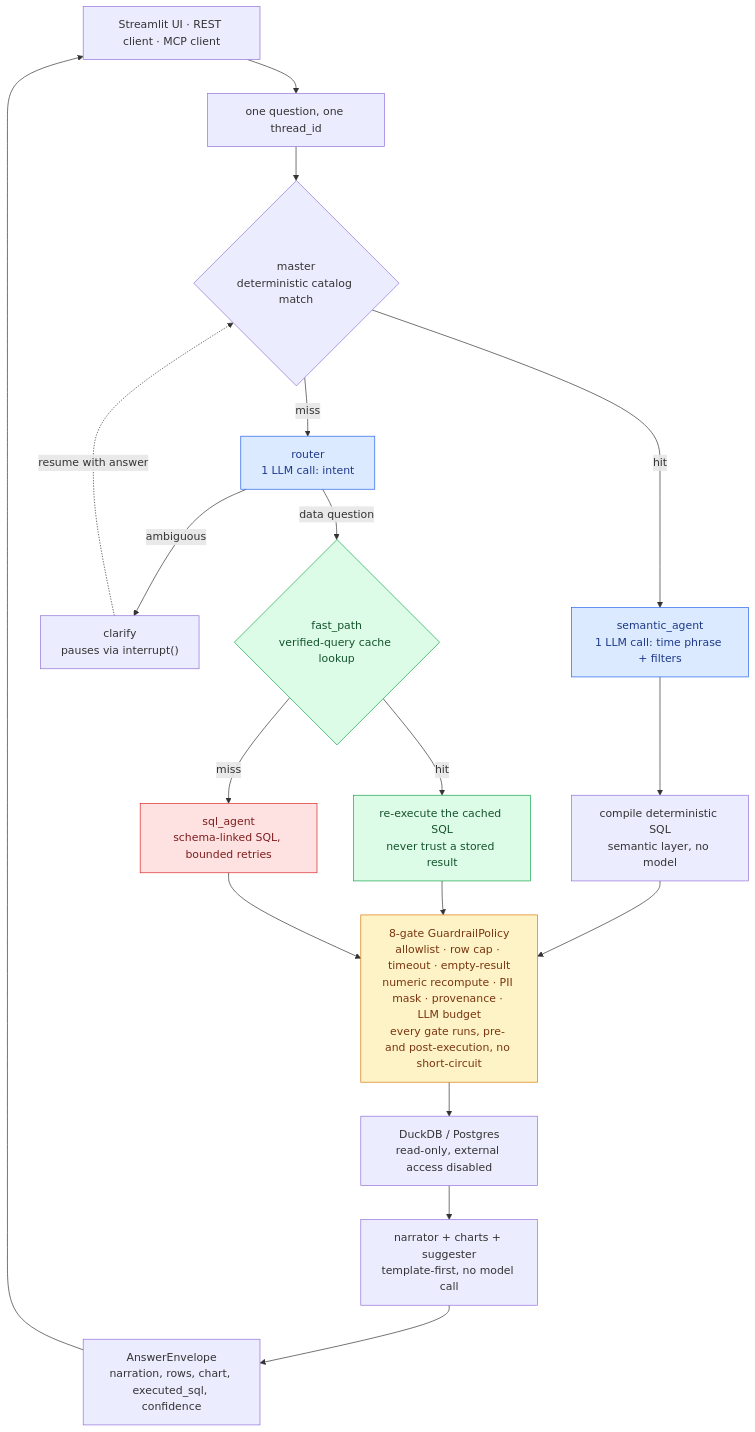
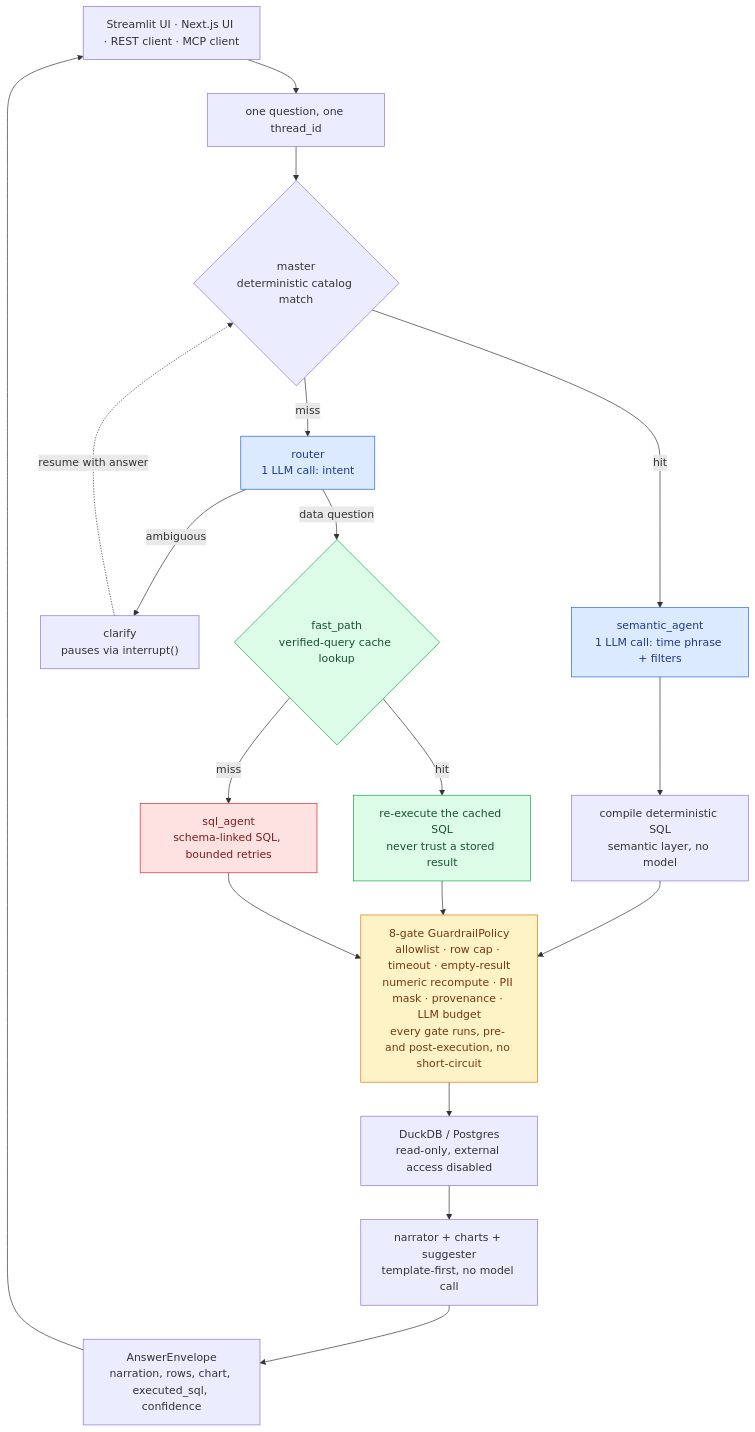
Before and after one commit to hoomanesteki/omniagent-ai-data-analyst: the diagram in README.md, drawn with Mermaid. The commit also changed 4 other files, not shown here.

````diff
--- a/README.md
+++ b/README.md
@@ -69,37 +69,37 @@
 ```mermaid
 flowchart TD
-    U["Streamlit UI · REST client · MCP client"] --> ASK["one question, one thread_id"]
+    U["Streamlit UI · Next.js UI · REST client · MCP client"] --> ASK["one question, one thread_id"]
     ASK --> MASTER{"master<br/>deterministic catalog match"}
 
     MASTER -->|hit| SEM["semantic_agent<br/>1 LLM call: time phrase + filters"]
     MASTER -->|miss| ROUTER["router<br/>1 LLM call: intent"]
 
     ROUTER -->|ambiguous| CLARIFY["clarify<br/>pauses via interrupt()"]
     ROUTER -->|data question| FASTPATH{"fast_path<br/>verified-query cache lookup"}
     CLARIFY -.->|resume with answer| MASTER
 
     FASTPATH -->|hit| REEXEC["re-execute the cached SQL<br/>never trust a stored result"]
     FASTPATH -->|miss| SQLAGENT["sql_agent<br/>schema-linked SQL, bounded retries"]
 
     SEM --> COMPILE["compile deterministic SQL<br/>semantic layer, no model"]
 
     COMPILE --> GATES
     REEXEC --> GATES
     SQLAGENT --> GATES
 
     GATES["8-gate GuardrailPolicy<br/>allowlist · row cap · timeout · empty-result<br/>numeric recompute · PII mask · provenance · LLM budget<br/>every gate runs, pre- and post-execution, no short-circuit"]
 
     GATES --> ENGINE["DuckDB / Postgres<br/>read-only, external access disabled"]
     ENGINE --> NARRATE["narrator + charts + suggester<br/>template-first, no model call"]
     NARRATE --> ENV["AnswerEnvelope<br/>narration, rows, chart, executed_sql, confidence"]
     ENV --> U
 
     classDef model fill:#dbeafe,stroke:#2563eb,color:#1e3a8a
     classDef free fill:#dcfce7,stroke:#16a34a,color:#14532d
     classDef risky fill:#fee2e2,stroke:#dc2626,color:#7f1d1d
     classDef gate fill:#fef3c7,stroke:#d97706,color:#78350f
     class SEM,ROUTER model
     class FASTPATH,REEXEC free
     class SQLAGENT risky
     class GATES gate
 ```
````
